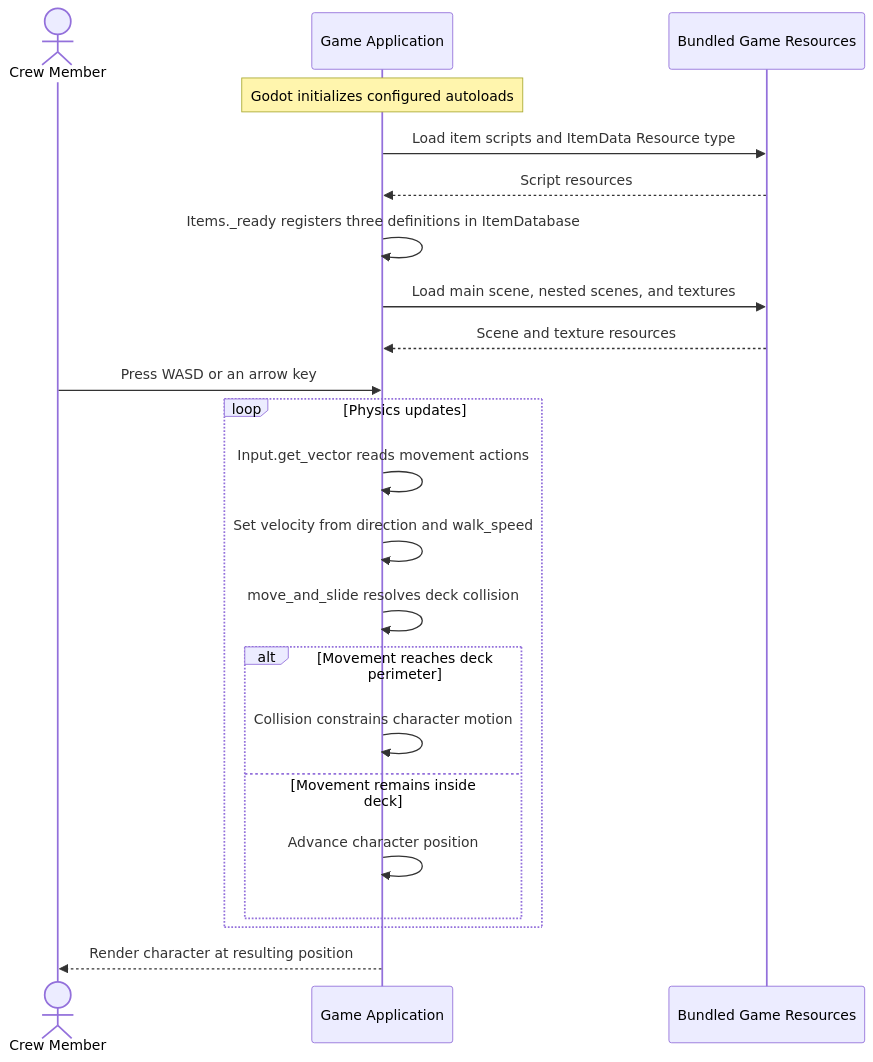
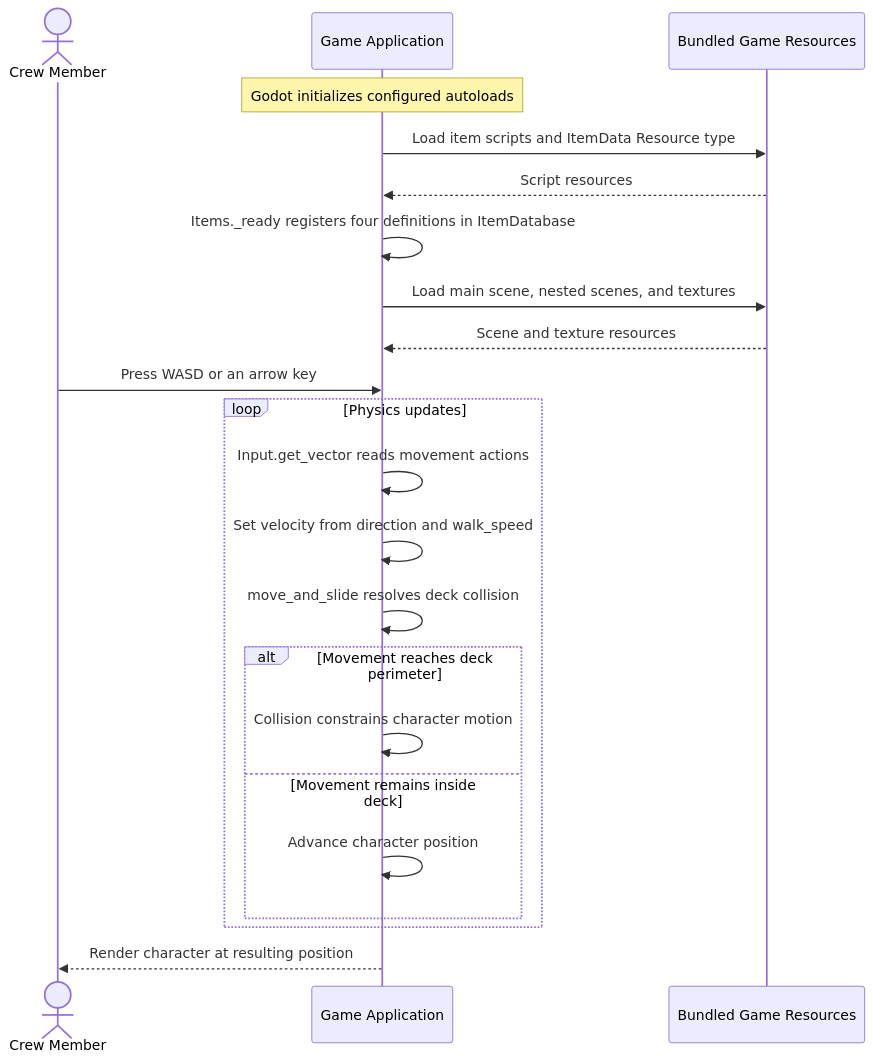
The third of 4 diagrams in docs/design/architectural-design.md (whitneyakred/gaming), drawn with Mermaid before and after one commit. The commit also changed other lines of this file and 30 other files, not shown here.

````diff
--- a/docs/design/architectural-design.md
+++ b/docs/design/architectural-design.md
@@ -207,24 +211,24 @@
 ```mermaid
 sequenceDiagram
     actor Crew as Crew Member
     participant App as Game Application
     participant Files as Bundled Game Resources
     Note over App: Godot initializes configured autoloads
     App->>Files: Load item scripts and ItemData Resource type
     Files-->>App: Script resources
-    App->>App: Items._ready registers three definitions in ItemDatabase
+    App->>App: Items._ready registers four definitions in ItemDatabase
     App->>Files: Load main scene, nested scenes, and textures
     Files-->>App: Scene and texture resources
     Crew->>App: Press WASD or an arrow key
     loop Physics updates
         App->>App: Input.get_vector reads movement actions
         App->>App: Set velocity from direction and walk_speed
         App->>App: move_and_slide resolves deck collision
         alt Movement reaches deck perimeter
             App->>App: Collision constrains character motion
         else Movement remains inside deck
             App->>App: Advance character position
         end
     end
     App-->>Crew: Render character at resulting position
 ```
````
